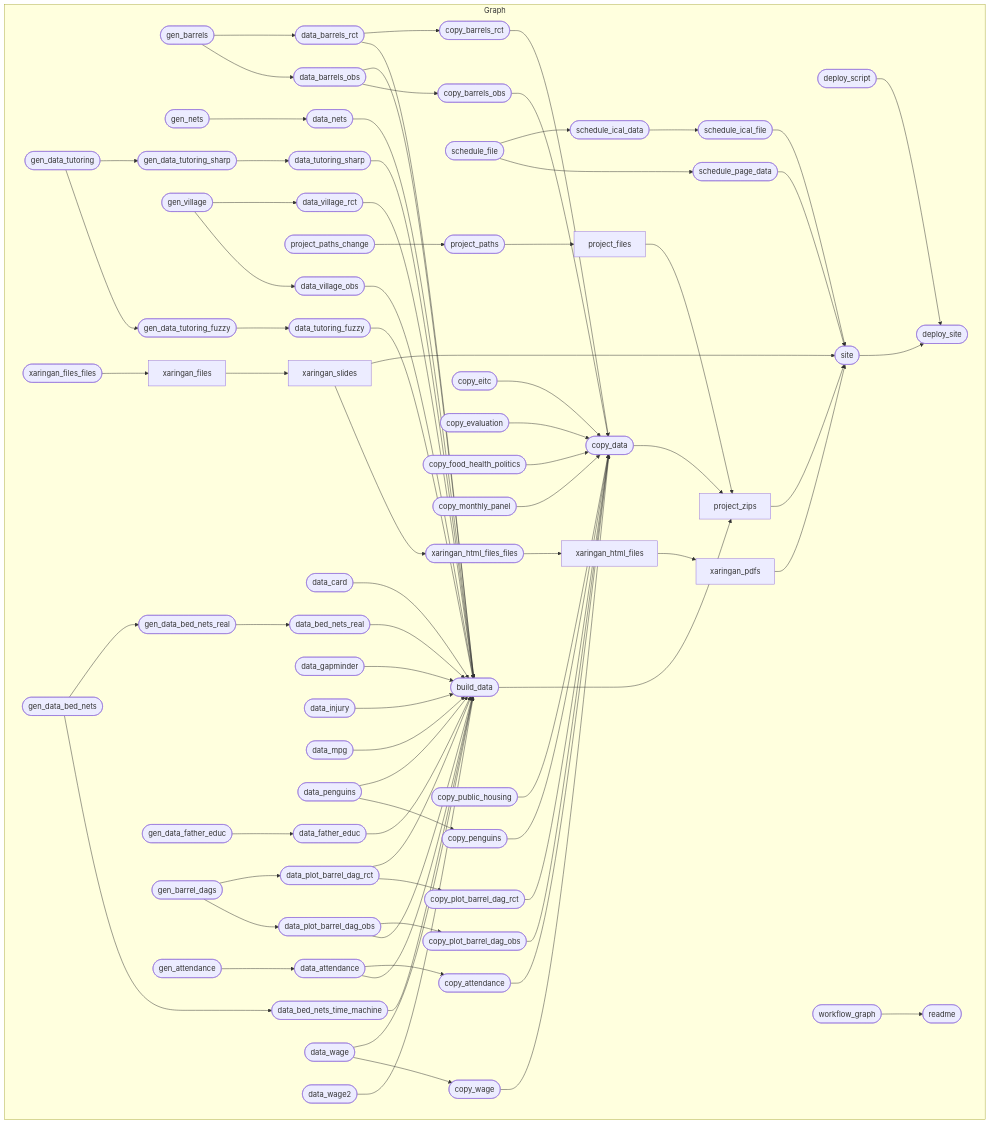
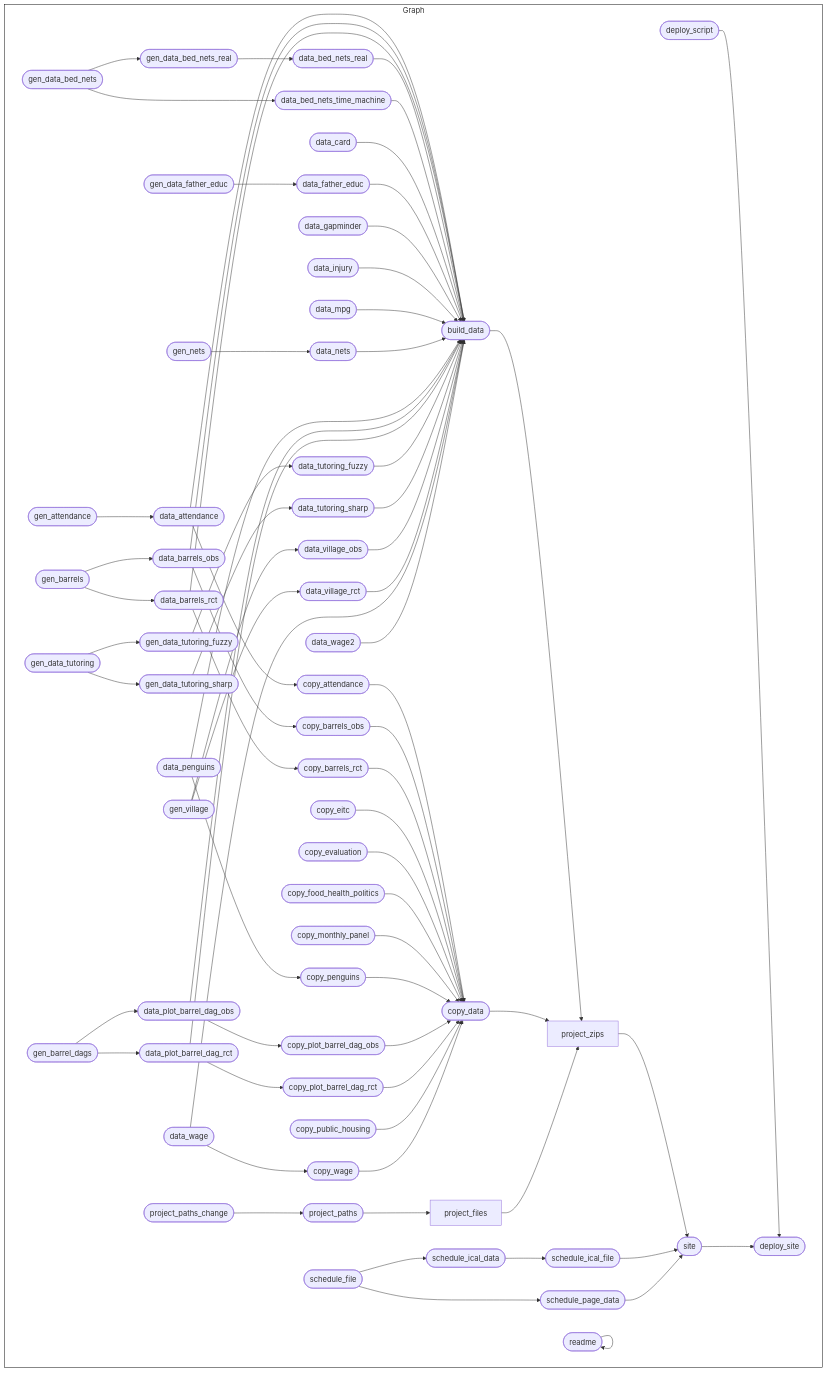
The diagram in README.md (andrewheiss/evalsp24.classes.andrewheiss.com), drawn with Mermaid before and after one commit. The commit also changed other lines of this file and 2 other files, not shown here.

Commit message:
Generate readme from qmd

````diff
--- a/README.md
+++ b/README.md
@@ -108,82 +109,76 @@
 ``` mermaid
 graph LR
+  style Graph fill:#FFFFFF00,stroke:#000000;
   subgraph Graph
     direction LR
+    x9c20b8c56debbe9a(["deploy_script"]):::completed --> x78f3e0b711425f1c(["deploy_site"]):::queued
+    x7aa56383a054e8ba(["site"]):::queued --> x78f3e0b711425f1c(["deploy_site"]):::queued
+    x07bd1301298fd82f(["gen_barrel_dags"]):::skipped --> xc72ce427df7cb6d6(["data_plot_barrel_dag_rct"]):::queued
     x7ece18ea4dfd37ad(["data_barrels_rct"]):::queued --> x04215792a9a4d36b(["copy_barrels_rct"]):::queued
-    x1a70645cdb0e8eb9(["gen_barrels"]):::built --> x7ece18ea4dfd37ad(["data_barrels_rct"]):::queued
-    x676cecdcd5eb7813(["data_plot_barrel_dag_obs"]):::queued --> xa7f6f0c1b16f542a(["copy_plot_barrel_dag_obs"]):::queued
-    xdf832f8e1f99baf2(["schedule_file"]):::built --> x35552a73efe9c59f(["schedule_ical_data"]):::queued
-    x9061f97ff2027ff8(["data_attendance"]):::queued --> x7b056887098d4c56(["copy_attendance"]):::queued
-    x9c20b8c56debbe9a(["deploy_script"]):::built --> x78f3e0b711425f1c(["deploy_site"]):::queued
-    x7aa56383a054e8ba(["site"]):::queued --> x78f3e0b711425f1c(["deploy_site"]):::queued
+    x1b5d71f80f0ded23(["gen_data_father_educ"]):::skipped --> x068350206b5f4fee(["data_father_educ"]):::queued
+    x20b85e3488818f5e(["gen_data_tutoring"]):::skipped --> x5c240766086c102f(["gen_data_tutoring_fuzzy"]):::queued
+    xb91d56300ed67e72(["gen_attendance"]):::skipped --> x9061f97ff2027ff8(["data_attendance"]):::queued
+    x5cef82ddbf74dbd2(["gen_data_tutoring_sharp"]):::queued --> x6182dfd3a1ca6e02(["data_tutoring_sharp"]):::queued
+    xb453b5ae08dcaee7(["build_data"]):::queued --> x1917c787a0a4a0fd["project_zips"]:::queued
+    x41092a7251862a9e(["copy_data"]):::queued --> x1917c787a0a4a0fd["project_zips"]:::queued
+    x7a8b235bff1bfb75["project_files"]:::queued --> x1917c787a0a4a0fd["project_zips"]:::queued
+    x1a70645cdb0e8eb9(["gen_barrels"]):::skipped --> xcd68d1a7c07ebab6(["data_barrels_obs"]):::queued
     x7b056887098d4c56(["copy_attendance"]):::queued --> x41092a7251862a9e(["copy_data"]):::queued
     x3b13eed8c2f4209e(["copy_barrels_obs"]):::queued --> x41092a7251862a9e(["copy_data"]):::queued
     x04215792a9a4d36b(["copy_barrels_rct"]):::queued --> x41092a7251862a9e(["copy_data"]):::queued
     xbbb6d7ed9a6f640a(["copy_eitc"]):::skipped --> x41092a7251862a9e(["copy_data"]):::queued
     xf17ad1e9c3822d18(["copy_evaluation"]):::skipped --> x41092a7251862a9e(["copy_data"]):::queued
-    xf812cd9b8b5444a5(["copy_food_health_politics"]):::built --> x41092a7251862a9e(["copy_data"]):::queued
-    xd2260b533f1829cb(["copy_monthly_panel"]):::built --> x41092a7251862a9e(["copy_data"]):::queued
+    xf812cd9b8b5444a5(["copy_food_health_politics"]):::skipped --> x41092a7251862a9e(["copy_data"]):::queued
+    xd2260b533f1829cb(["copy_monthly_panel"]):::skipped --> x41092a7251862a9e(["copy_data"]):::queued
     x2a5bb41380dcc5b0(["copy_penguins"]):::queued --> x41092a7251862a9e(["copy_data"]):::queued
     xa7f6f0c1b16f542a(["copy_plot_barrel_dag_obs"]):::queued --> x41092a7251862a9e(["copy_data"]):::queued
     x6271c0b6a170e94e(["copy_plot_barrel_dag_rct"]):::queued --> x41092a7251862a9e(["copy_data"]):::queued
     x9c50e551b1b09085(["copy_public_housing"]):::skipped --> x41092a7251862a9e(["copy_data"]):::queued
     x0897796b858a5b3d(["copy_wage"]):::queued --> x41092a7251862a9e(["copy_data"]):::queued
-    xb4844be3dca7f02b(["project_paths"]):::queued --> x7a8b235bff1bfb75["project_files"]:::queued
-    x1917c787a0a4a0fd["project_zips"]:::queued --> x7aa56383a054e8ba(["site"]):::queued
-    x4d31f5a49d5ae49f(["schedule_ical_file"]):::queued --> x7aa56383a054e8ba(["site"]):::queued
-    x063edd335cc1b36f(["schedule_page_data"]):::queued --> x7aa56383a054e8ba(["site"]):::queued
-    xccbb2c85646c611a["xaringan_pdfs"]:::queued --> x7aa56383a054e8ba(["site"]):::queued
-    x60c212b45249134a["xaringan_slides"]:::queued --> x7aa56383a054e8ba(["site"]):::queued
-    xdf832f8e1f99baf2(["schedule_file"]):::built --> x063edd335cc1b36f(["schedule_page_data"]):::queued
-    xccb29afdb6aede8f(["gen_nets"]):::queued --> xbe28472fe2bce29e(["data_nets"]):::queued
-    xa48826fcb4dc2e34(["project_paths_change"]):::queued --> xb4844be3dca7f02b(["project_paths"]):::queued
-    x20b85e3488818f5e(["gen_data_tutoring"]):::queued --> x5cef82ddbf74dbd2(["gen_data_tutoring_sharp"]):::queued
+    xa48826fcb4dc2e34(["project_paths_change"]):::completed --> xb4844be3dca7f02b(["project_paths"]):::queued
     x9061f97ff2027ff8(["data_attendance"]):::queued --> xb453b5ae08dcaee7(["build_data"]):::queued
     xcd68d1a7c07ebab6(["data_barrels_obs"]):::queued --> xb453b5ae08dcaee7(["build_data"]):::queued
     x7ece18ea4dfd37ad(["data_barrels_rct"]):::queued --> xb453b5ae08dcaee7(["build_data"]):::queued
     xcd2bd51d3f2880dc(["data_bed_nets_real"]):::queued --> xb453b5ae08dcaee7(["build_data"]):::queued
     x10e4e9d82e7b691d(["data_bed_nets_time_machine"]):::queued --> xb453b5ae08dcaee7(["build_data"]):::queued
-    xdba7a42d19fbbe49(["data_card"]):::queued --> xb453b5ae08dcaee7(["build_data"]):::queued
+    xdba7a42d19fbbe49(["data_card"]):::skipped --> xb453b5ae08dcaee7(["build_data"]):::queued
     x068350206b5f4fee(["data_father_educ"]):::queued --> xb453b5ae08dcaee7(["build_data"]):::queued
-    x8288901d8e9e8d55(["data_gapminder"]):::built --> xb453b5ae08dcaee7(["build_data"]):::queued
-    x81182810f96b04c1(["data_injury"]):::queued --> xb453b5ae08dcaee7(["build_data"]):::queued
-    x182180f03bcfc8dc(["data_mpg"]):::built --> xb453b5ae08dcaee7(["build_data"]):::queued
+    x8288901d8e9e8d55(["data_gapminder"]):::skipped --> xb453b5ae08dcaee7(["build_data"]):::queued
+    x81182810f96b04c1(["data_injury"]):::skipped --> xb453b5ae08dcaee7(["build_data"]):::queued
+    x182180f03bcfc8dc(["data_mpg"]):::skipped --> xb453b5ae08dcaee7(["build_data"]):::queued
     xbe28472fe2bce29e(["data_nets"]):::queued --> xb453b5ae08dcaee7(["build_data"]):::queued
     xa3d8306cecf136f4(["data_penguins"]):::skipped --> xb453b5ae08dcaee7(["build_data"]):::queued
     x676cecdcd5eb7813(["data_plot_barrel_dag_obs"]):::queued --> xb453b5ae08dcaee7(["build_data"]):::queued
     xc72ce427df7cb6d6(["data_plot_barrel_dag_rct"]):::queued --> xb453b5ae08dcaee7(["build_data"]):::queued
     x313ad24da404b651(["data_tutoring_fuzzy"]):::queued --> xb453b5ae08dcaee7(["build_data"]):::queued
     x6182dfd3a1ca6e02(["data_tutoring_sharp"]):::queued --> xb453b5ae08dcaee7(["build_data"]):::queued
     x7ba0dec890393ab6(["data_village_obs"]):::queued --> xb453b5ae08dcaee7(["build_data"]):::queued
     x4df77a4d5c017917(["data_village_rct"]):::queued --> xb453b5ae08dcaee7(["build_data"]):::queued
-    x9a78ab75449e880d(["data_wage"]):::queued --> xb453b5ae08dcaee7(["build_data"]):::queued
-    xb9fb625c05443344(["data_wage2"]):::queued --> xb453b5ae08dcaee7(["build_data"]):::queued
-    x1a70645cdb0e8eb9(["gen_barrels"]):::built --> xcd68d1a7c07ebab6(["data_barrels_obs"]):::queued
+    x9a78ab75449e880d(["data_wage"]):::skipped --> xb453b5ae08dcaee7(["build_data"]):::queued
+    xb9fb625c05443344(["data_wage2"]):::skipped --> xb453b5ae08dcaee7(["build_data"]):::queued
+    x9a78ab75449e880d(["data_wage"]):::skipped --> x0897796b858a5b3d(["copy_wage"]):::queued
+    xb4844be3dca7f02b(["project_paths"]):::queued --> x7a8b235bff1bfb75["project_files"]:::queued
+    xccb29afdb6aede8f(["gen_nets"]):::queued --> xbe28472fe2bce29e(["data_nets"]):::queued
+    x6deca4ab95db78c5(["gen_data_bed_nets"]):::queued --> x9d65856d614f77f4(["gen_data_bed_nets_real"]):::queued
+    x9061f97ff2027ff8(["data_attendance"]):::queued --> x7b056887098d4c56(["copy_attendance"]):::queued
+    x07bd1301298fd82f(["gen_barrel_dags"]):::skipped --> x676cecdcd5eb7813(["data_plot_barrel_dag_obs"]):::queued
+    xdf832f8e1f99baf2(["schedule_file"]):::skipped --> x35552a73efe9c59f(["schedule_ical_data"]):::queued
+    xa3d8306cecf136f4(["data_penguins"]):::skipped --> x2a5bb41380dcc5b0(["copy_penguins"]):::queued
+    x1917c787a0a4a0fd["project_zips"]:::queued --> x7aa56383a054e8ba(["site"]):::queued
+    x4d31f5a49d5ae49f(["schedule_ical_file"]):::queued --> x7aa56383a054e8ba(["site"]):::queued
+    x063edd335cc1b36f(["schedule_page_data"]):::queued --> x7aa56383a054e8ba(["site"]):::queued
+    x1a70645cdb0e8eb9(["gen_barrels"]):::skipped --> x7ece18ea4dfd37ad(["data_barrels_rct"]):::queued
+    xc72ce427df7cb6d6(["data_plot_barrel_dag_rct"]):::queued --> x6271c0b6a170e94e(["copy_plot_barrel_dag_rct"]):::queued
+    x676cecdcd5eb7813(["data_plot_barrel_dag_obs"]):::queued --> xa7f6f0c1b16f542a(["copy_plot_barrel_dag_obs"]):::queued
     xc5cdd24fb6bd9f0e(["gen_village"]):::queued --> x4df77a4d5c017917(["data_village_rct"]):::queued
-    x4a210bdf90796bca(["xaringan_files_files"]):::built --> xf4774655f169db90["xaringan_files"]:::queued
+    xc5cdd24fb6bd9f0e(["gen_village"]):::queued --> x7ba0dec890393ab6(["data_village_obs"]):::queued
+    x6deca4ab95db78c5(["gen_data_bed_nets"]):::queued --> x10e4e9d82e7b691d(["data_bed_nets_time_machine"]):::queued
     x9d65856d614f77f4(["gen_data_bed_nets_real"]):::queued --> xcd2bd51d3f2880dc(["data_bed_nets_real"]):::queued
-    x7a0d40becb063bda(["xaringan_html_files_files"]):::queued --> x0751853b619def05["xaringan_html_files"]:::queued
-    xf4774655f169db90["xaringan_files"]:::queued --> x60c212b45249134a["xaringan_slides"]:::queued
-    x6deca4ab95db78c5(["gen_data_bed_nets"]):::queued --> x9d65856d614f77f4(["gen_data_bed_nets_real"]):::queued
-    x9a78ab75449e880d(["data_wage"]):::queued --> x0897796b858a5b3d(["copy_wage"]):::queued
-    xb453b5ae08dcaee7(["build_data"]):::queued --> x1917c787a0a4a0fd["project_zips"]:::queued
-    x41092a7251862a9e(["copy_data"]):::queued --> x1917c787a0a4a0fd["project_zips"]:::queued
-    x7a8b235bff1bfb75["project_files"]:::queued --> x1917c787a0a4a0fd["project_zips"]:::queued
-    x20b85e3488818f5e(["gen_data_tutoring"]):::queued --> x5c240766086c102f(["gen_data_tutoring_fuzzy"]):::queued
+    xcd68d1a7c07ebab6(["data_barrels_obs"]):::queued --> x3b13eed8c2f4209e(["copy_barrels_obs"]):::queued
+    x35552a73efe9c59f(["schedule_ical_data"]):::queued --> x4d31f5a49d5ae49f(["schedule_ical_file"]):::queued
     x5c240766086c102f(["gen_data_tutoring_fuzzy"]):::queued --> x313ad24da404b651(["data_tutoring_fuzzy"]):::queued
-    x1b5d71f80f0ded23(["gen_data_father_educ"]):::skipped --> x068350206b5f4fee(["data_father_educ"]):::queued
-    x60c212b45249134a["xaringan_slides"]:::queued --> x7a0d40becb063bda(["xaringan_html_files_files"]):::queued
-    x07bd1301298fd82f(["gen_barrel_dags"]):::queued --> xc72ce427df7cb6d6(["data_plot_barrel_dag_rct"]):::queued
-    x5cef82ddbf74dbd2(["gen_data_tutoring_sharp"]):::queued --> x6182dfd3a1ca6e02(["data_tutoring_sharp"]):::queued
-    xb91d56300ed67e72(["gen_attendance"]):::built --> x9061f97ff2027ff8(["data_attendance"]):::queued
-    xf38d3f5e6365ad72(["workflow_graph"]):::started --> x6e52cb0f1668cc22(["readme"]):::queued
-    x0751853b619def05["xaringan_html_files"]:::queued --> xccbb2c85646c611a["xaringan_pdfs"]:::queued
-    x07bd1301298fd82f(["gen_barrel_dags"]):::queued --> x676cecdcd5eb7813(["data_plot_barrel_dag_obs"]):::queued
-    xcd68d1a7c07ebab6(["data_barrels_obs"]):::queued --> x3b13eed8c2f4209e(["copy_barrels_obs"]):::queued
-    xc5cdd24fb6bd9f0e(["gen_village"]):::queued --> x7ba0dec890393ab6(["data_village_obs"]):::queued
-    xc72ce427df7cb6d6(["data_plot_barrel_dag_rct"]):::queued --> x6271c0b6a170e94e(["copy_plot_barrel_dag_rct"]):::queued
-    x35552a73efe9c59f(["schedule_ical_data"]):::queued --> x4d31f5a49d5ae49f(["schedule_ical_file"]):::queued
-    x6deca4ab95db78c5(["gen_data_bed_nets"]):::queued --> x10e4e9d82e7b691d(["data_bed_nets_time_machine"]):::queued
-    xa3d8306cecf136f4(["data_penguins"]):::skipped --> x2a5bb41380dcc5b0(["copy_penguins"]):::queued
+    x20b85e3488818f5e(["gen_data_tutoring"]):::skipped --> x5cef82ddbf74dbd2(["gen_data_tutoring_sharp"]):::queued
+    xdf832f8e1f99baf2(["schedule_file"]):::skipped --> x063edd335cc1b36f(["schedule_page_data"]):::queued
+    x6e52cb0f1668cc22(["readme"]):::dispatched --> x6e52cb0f1668cc22(["readme"]):::dispatched
   end
 ```
````
